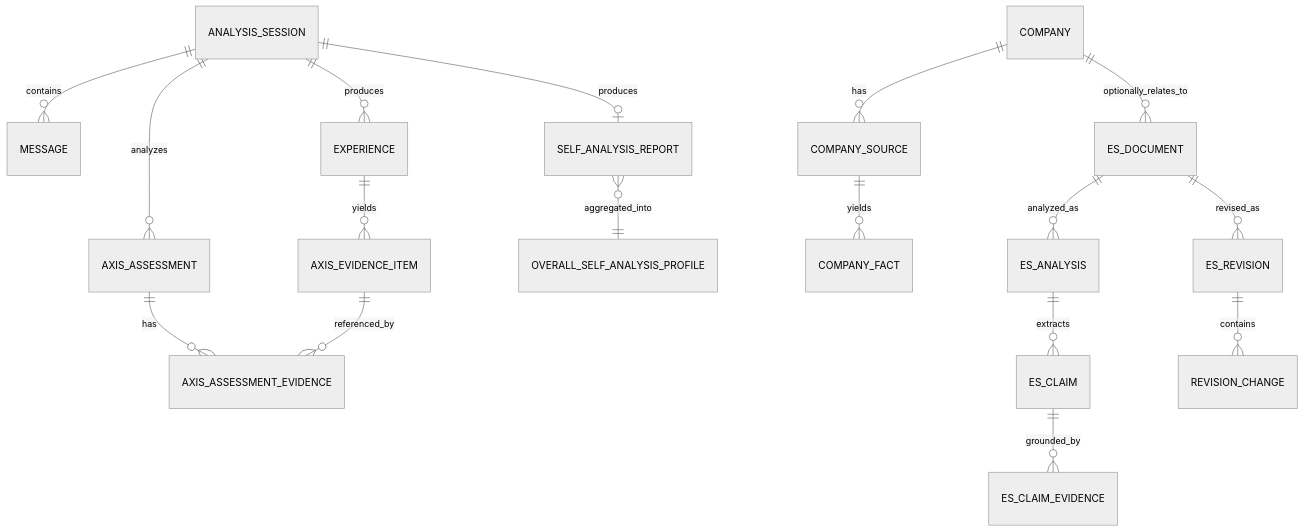
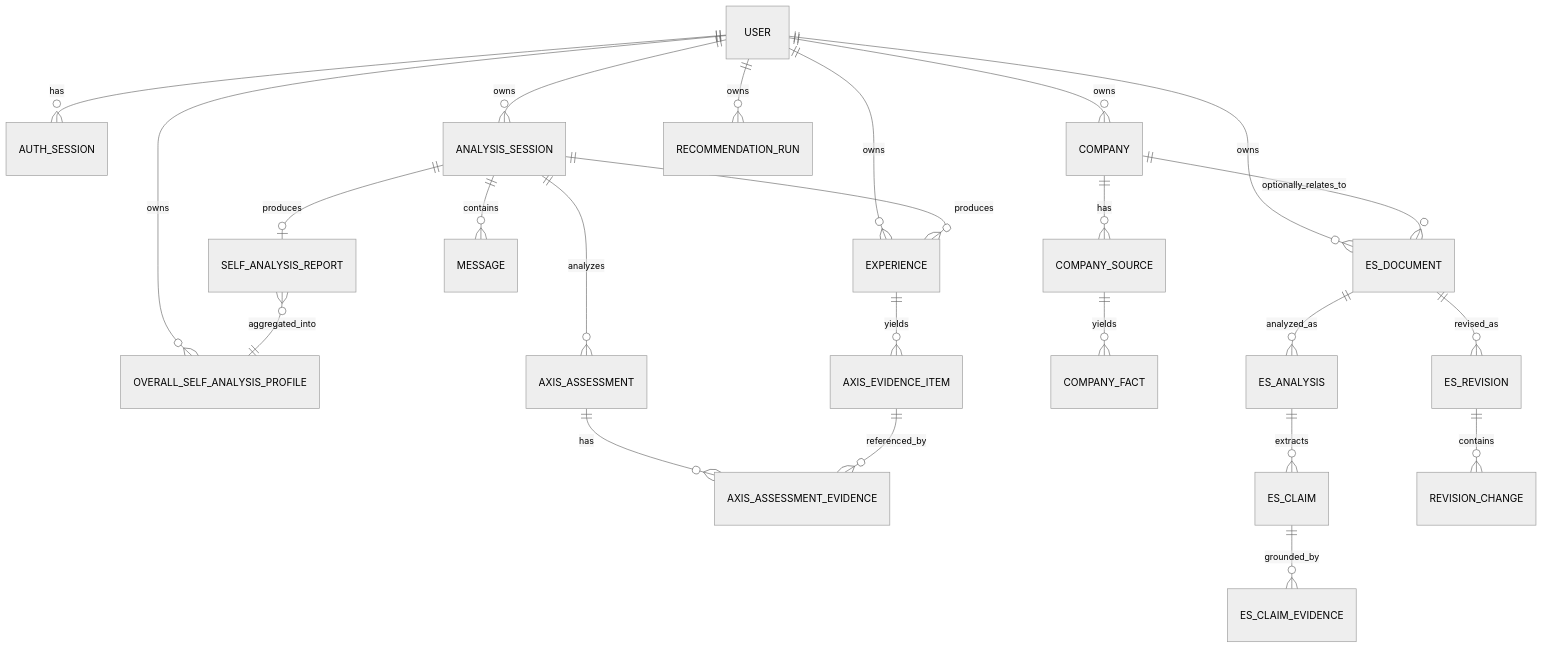
The first of 4 diagrams in docs/domain-model.md (HACK-STAGE-STAGE2-teamG-YOZORA/Polaris), drawn with Mermaid (neutral theme) before and after one commit. The commit also changed other lines of this file and 60 other files, not shown here.

Commit message:
Add Google auth and per-user data isolation

````diff
--- a/docs/domain-model.md
+++ b/docs/domain-model.md
@@ -67,19 +69,26 @@
 ```mermaid
 erDiagram
+    USER ||--o{ AUTH_SESSION : has
+    USER ||--o{ ANALYSIS_SESSION : owns
+    USER ||--o{ EXPERIENCE : owns
+    USER ||--o{ OVERALL_SELF_ANALYSIS_PROFILE : owns
+    USER ||--o{ COMPANY : owns
+    USER ||--o{ ES_DOCUMENT : owns
+    USER ||--o{ RECOMMENDATION_RUN : owns
     ANALYSIS_SESSION ||--o{ MESSAGE : contains
     ANALYSIS_SESSION ||--o{ EXPERIENCE : produces
     EXPERIENCE ||--o{ AXIS_EVIDENCE_ITEM : yields
     ANALYSIS_SESSION ||--o{ AXIS_ASSESSMENT : analyzes
     AXIS_ASSESSMENT ||--o{ AXIS_ASSESSMENT_EVIDENCE : has
     AXIS_EVIDENCE_ITEM ||--o{ AXIS_ASSESSMENT_EVIDENCE : referenced_by
     ANALYSIS_SESSION ||--o| SELF_ANALYSIS_REPORT : produces
     SELF_ANALYSIS_REPORT }o--|| OVERALL_SELF_ANALYSIS_PROFILE : aggregated_into
     COMPANY ||--o{ COMPANY_SOURCE : has
     COMPANY_SOURCE ||--o{ COMPANY_FACT : yields
     COMPANY ||--o{ ES_DOCUMENT : optionally_relates_to
     ES_DOCUMENT ||--o{ ES_ANALYSIS : analyzed_as
     ES_ANALYSIS ||--o{ ES_CLAIM : extracts
     ES_CLAIM ||--o{ ES_CLAIM_EVIDENCE : grounded_by
     ES_DOCUMENT ||--o{ ES_REVISION : revised_as
     ES_REVISION ||--o{ REVISION_CHANGE : contains
 ```
````
